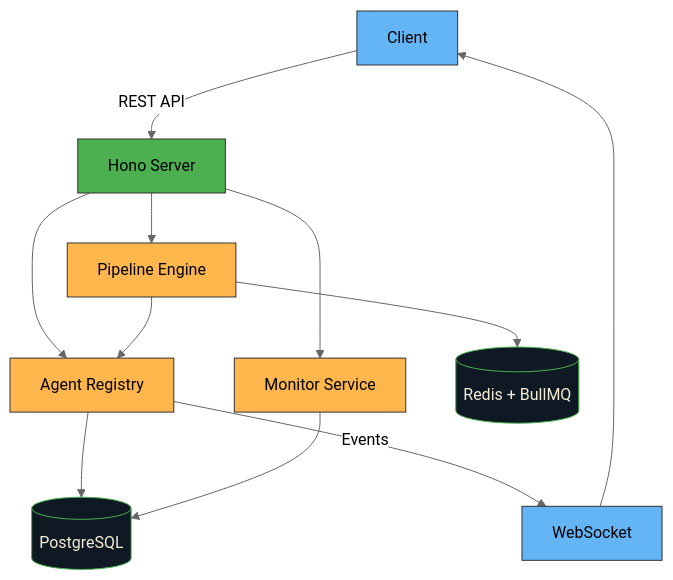
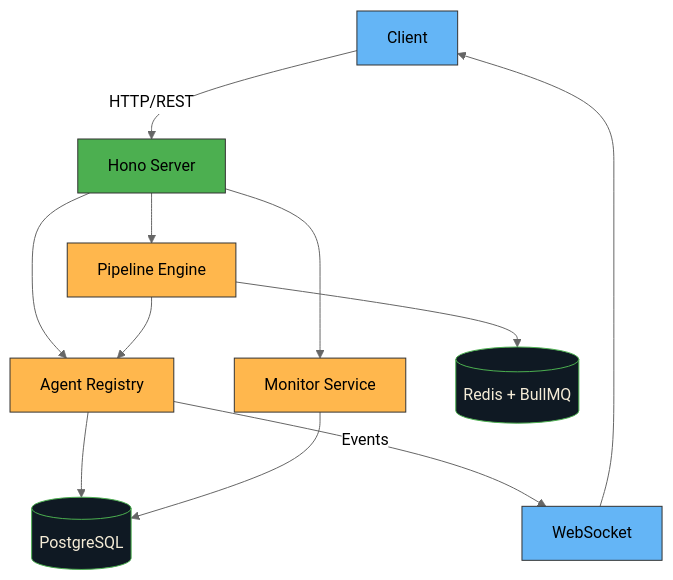
One commit to plott-city/plott changed the diagram in README.md. Above: the diagram before and after it, drawn with Mermaid (neutral theme).

Commit message:
Correct mermaid diagram arrow label in README

````diff
--- a/README.md
+++ b/README.md
@@ -45,22 +45,22 @@
 ```mermaid
 graph TD
-    A[Client] -->|REST API| B[Hono Server]
+    A[Client] -->|HTTP/REST| B[Hono Server]
     B --> C[Agent Registry]
     B --> D[Pipeline Engine]
     B --> E[Monitor Service]
     C --> F[(PostgreSQL)]
     D --> G[(Redis + BullMQ)]
     E --> F
     D --> C
     C -->|Events| H[WebSocket]
     H --> A
 
     style A fill:#64B5F6,stroke:#333,color:#000
     style B fill:#4CAF50,stroke:#333,color:#000
     style C fill:#FFB74D,stroke:#333,color:#000
     style D fill:#FFB74D,stroke:#333,color:#000
     style E fill:#FFB74D,stroke:#333,color:#000
     style F fill:#0F1923,stroke:#4CAF50,color:#F5ECD7
     style G fill:#0F1923,stroke:#4CAF50,color:#F5ECD7
     style H fill:#64B5F6,stroke:#333,color:#000
 ```
````
